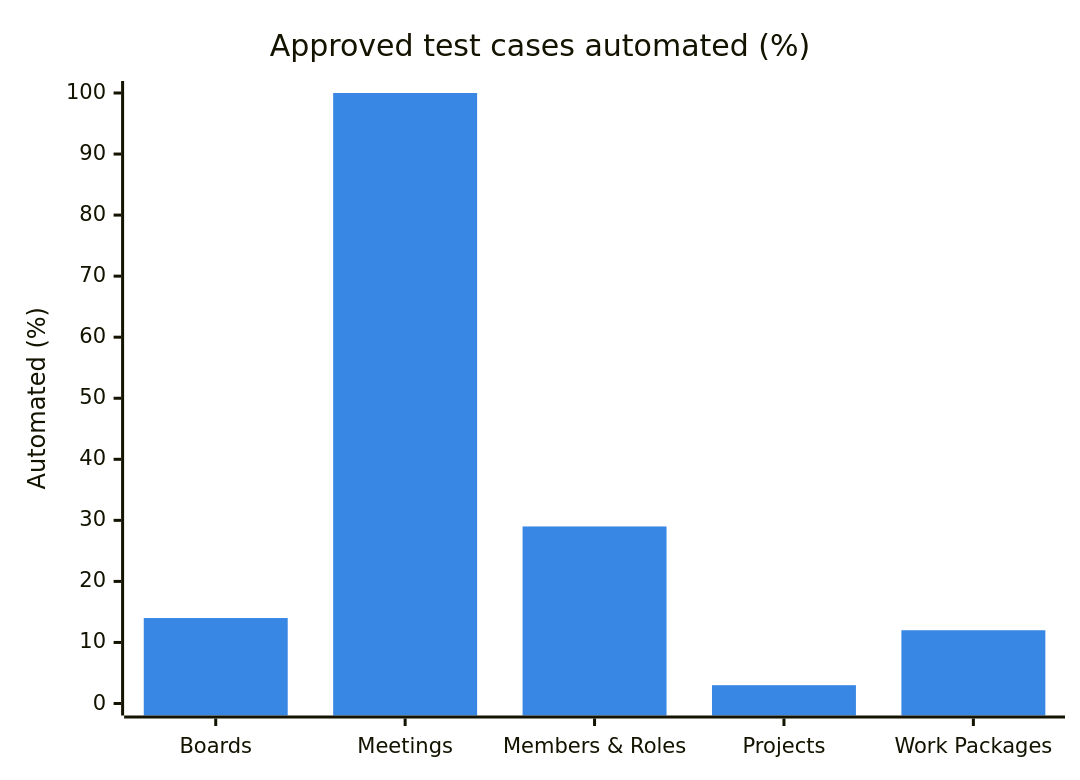
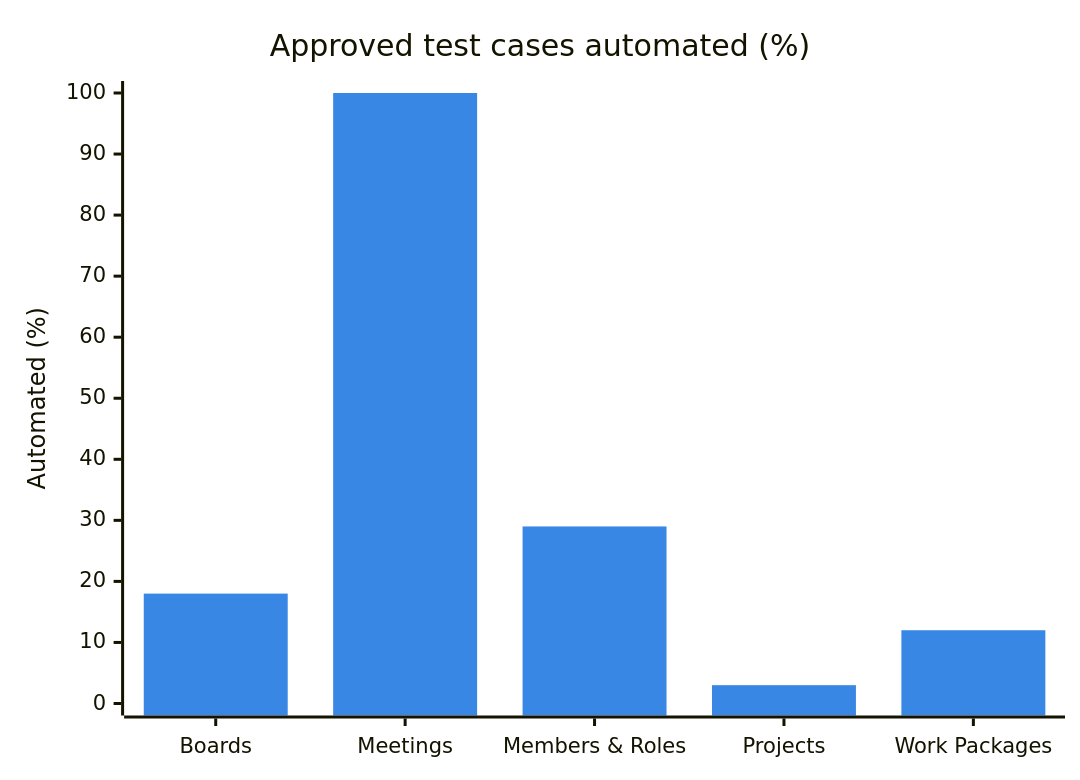
Before and after one commit to Top-Q/playwright-typescript: the first of 4 diagrams in specs/product/vault/Dashboard.md, drawn with Mermaid. The commit also changed other lines of this file and 5 other files, not shown here.

````diff
--- a/specs/product/vault/Dashboard.md
+++ b/specs/product/vault/Dashboard.md
@@ -23,8 +23,8 @@
 ```mermaid
 %%{init: {"themeVariables":{"xyChart":{"plotColorPalette":"#3987e5"}}}}%%
 xychart-beta
     title "Approved test cases automated (%)"
     x-axis ["Boards", "Meetings", "Members & Roles", "Projects", "Work Packages"]
     y-axis "Automated (%)" 0 --> 100
-    bar [14, 100, 29, 3, 12]
+    bar [18, 100, 29, 3, 12]
 ```
````
